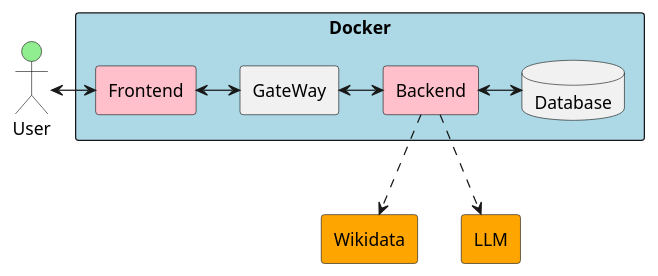
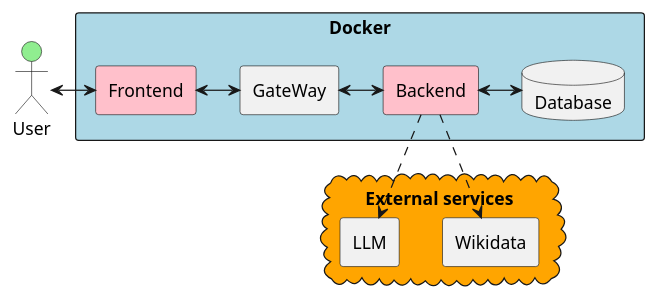
The second of 3 diagrams in docs/src/05_building_block_view.adoc (Arquisoft/wichat_en3b), drawn with PlantUML before and after one commit. The commit also changed other lines of this file, not shown here.

Commit message:
Make diagrams of point 5 consistent with the rest

```diff
--- a/docs/src/05_building_block_view.adoc
+++ b/docs/src/05_building_block_view.adoc
@@ -149,25 +151,27 @@
 [plantuml]
 ----
 @startuml
 
 actor User #lightgreen
 
 rectangle Docker #lightblue {
     rectangle "Frontend" as Web #pink
     rectangle "GateWay" as Gateway 
     rectangle "Backend" as Backend #pink
     database Database
 }
 
-rectangle Wikidata #orange
-rectangle LLM #orange
+cloud "External services" #orange {
+    rectangle Wikidata 
+    rectangle LLM 
+}
 
 User <-> Web
 Web <-> Gateway
 Gateway <-> Backend
 Backend <-> Database
 Backend ..> Wikidata
 Backend ..> LLM
 
 @enduml
 ----
```
